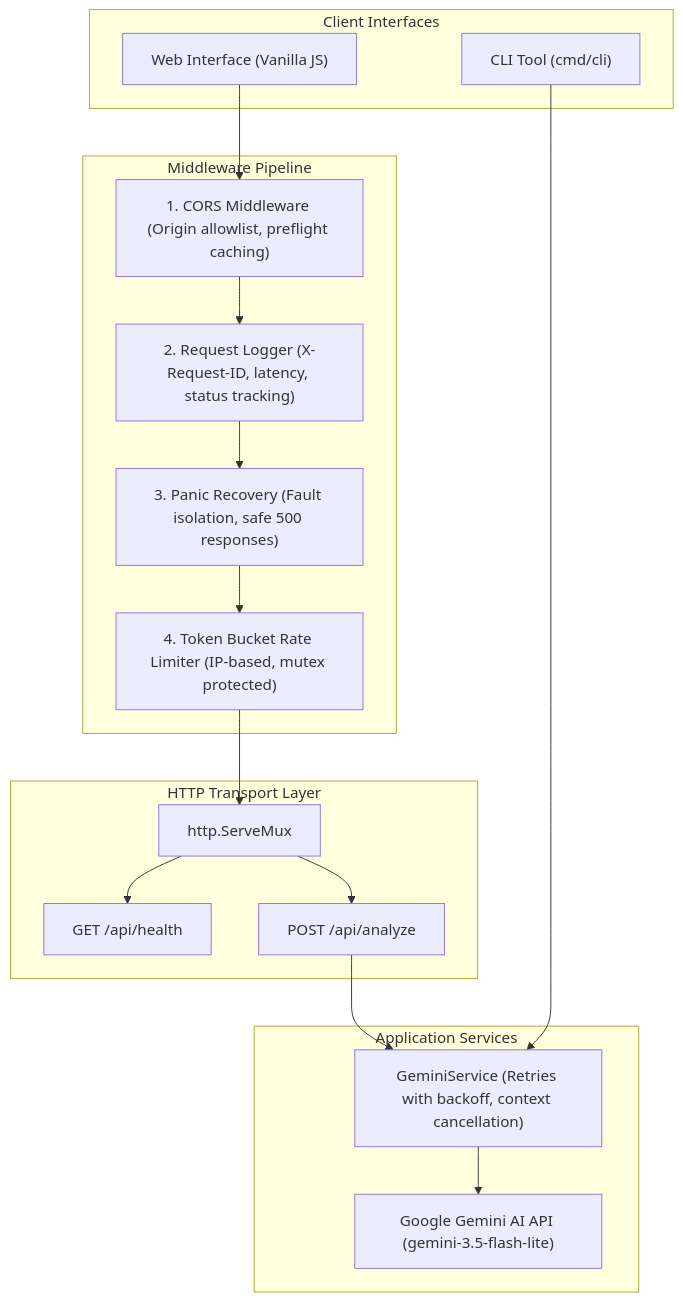
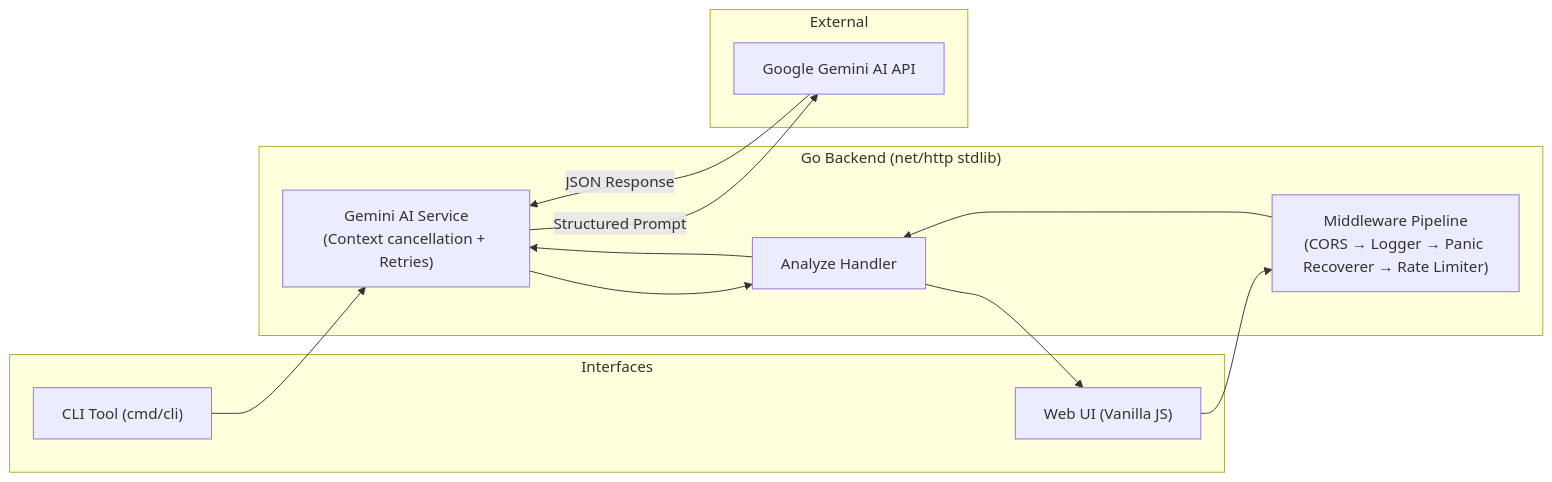
The diagram in README.md (07Durgesh/Commitlint-AI), drawn with Mermaid before and after one commit. The commit also changed other lines of this file and 7 other files, not shown here.

````diff
--- a/README.md
+++ b/README.md
@@ -15,36 +25,26 @@
 ```mermaid
-flowchart TD
-    subgraph Client ["Client Interfaces"]
+flowchart LR
+    subgraph Clients ["Interfaces"]
         CLI["CLI Tool (cmd/cli)"]
-        Web["Web Interface (Vanilla JS)"]
+        Web["Web UI (Vanilla JS)"]
     end
 
-    subgraph Middleware ["Middleware Pipeline"]
-        CORS["1. CORS Middleware (Origin allowlist, preflight caching)"]
-        Logger["2. Request Logger (X-Request-ID, latency, status tracking)"]
-        Recoverer["3. Panic Recovery (Fault isolation, safe 500 responses)"]
-        RateLimit["4. Token Bucket Rate Limiter (IP-based, mutex protected)"]
+    subgraph Backend ["Go Backend (net/http stdlib)"]
+        Pipeline["Middleware Pipeline<br/>(CORS → Logger → Panic Recoverer → Rate Limiter)"]
+        Handler["Analyze Handler"]
+        Service["Gemini AI Service<br/>(Context cancellation + Retries)"]
     end
 
-    subgraph Handlers ["HTTP Transport Layer"]
-        Router["http.ServeMux"]
-        Health["GET /api/health"]
-        Analyze["POST /api/analyze"]
+    subgraph External ["External"]
+        Gemini["Google Gemini AI API"]
     end
 
-    subgraph Services ["Application Services"]
-        GeminiSvc["GeminiService (Retries with backoff, context cancellation)"]
-        GoogleAPI["Google Gemini AI API (gemini-3.5-flash-lite)"]
-    end
-
-    Web --> CORS
-    CORS --> Logger
-    Logger --> Recoverer
-    Recoverer --> RateLimit
-    RateLimit --> Router
-    Router --> Health
-    Router --> Analyze
-    Analyze --> GeminiSvc
-    CLI --> GeminiSvc
-    GeminiSvc --> GoogleAPI
+    CLI --> Service
+    Web --> Pipeline
+    Pipeline --> Handler
+    Handler --> Service
+    Service -->|Structured Prompt| Gemini
+    Gemini -->|JSON Response| Service
+    Service --> Handler
+    Handler --> Web
 ```
````
